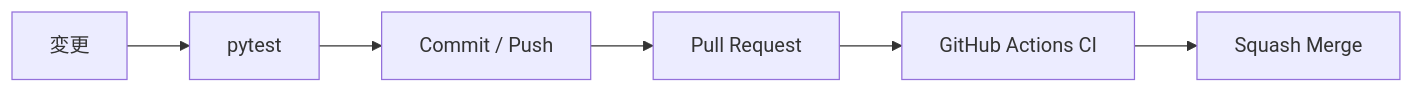
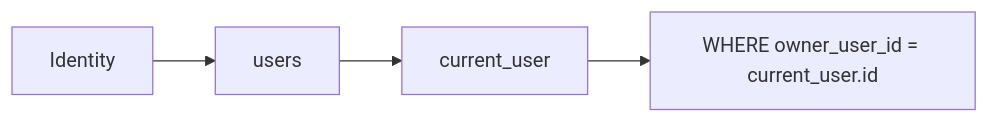
Before and after one commit to k-systems202208/python-sqlite-tailscale-webapp-template: the fourth of 5 diagrams in GETTING-STARTED.md, drawn with Mermaid. The commit also changed other lines of this file and 42 other files, not shown here.

````diff
--- a/GETTING-STARTED.md
+++ b/GETTING-STARTED.md
@@ -267,8 +223,6 @@
 ```mermaid
 flowchart LR
-    A["変更"] --> B["pytest"]
-    B --> C["Commit / Push"]
-    C --> D["Pull Request"]
-    D --> E["GitHub Actions CI"]
-    E --> F["Squash Merge"]
+    I["Identity"] --> U["users"]
+    U --> C["current_user"]
+    C --> Q["WHERE owner_user_id = current_user.id"]
 ```
````
